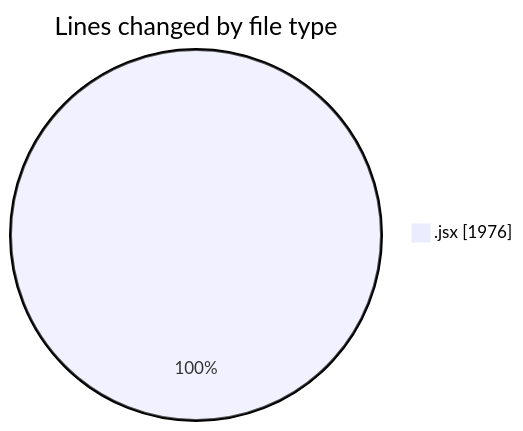
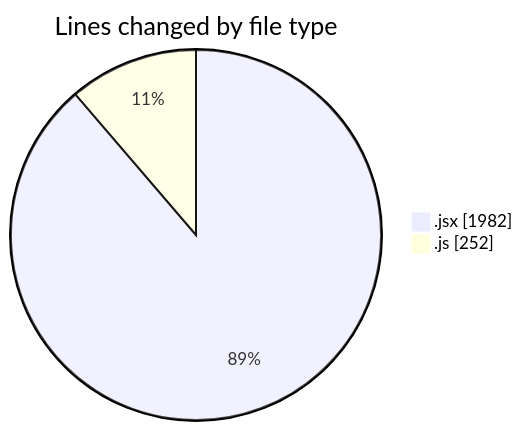
Before and after one commit to nxtqubesakshisongat/code-tracking: the first of 2 diagrams in 2025-10-13/nxtqube_webapp/README.md, drawn with Mermaid. The commit also changed other lines of this file and 1 other file, not shown here.

````diff
--- a/2025-10-13/nxtqube_webapp/README.md
+++ b/2025-10-13/nxtqube_webapp/README.md
@@ -21,5 +22,6 @@
 ```mermaid
 pie showData
 title Lines changed by file type
-".jsx" : 1976
+".jsx" : 1982
+".js" : 252
 ```
````
